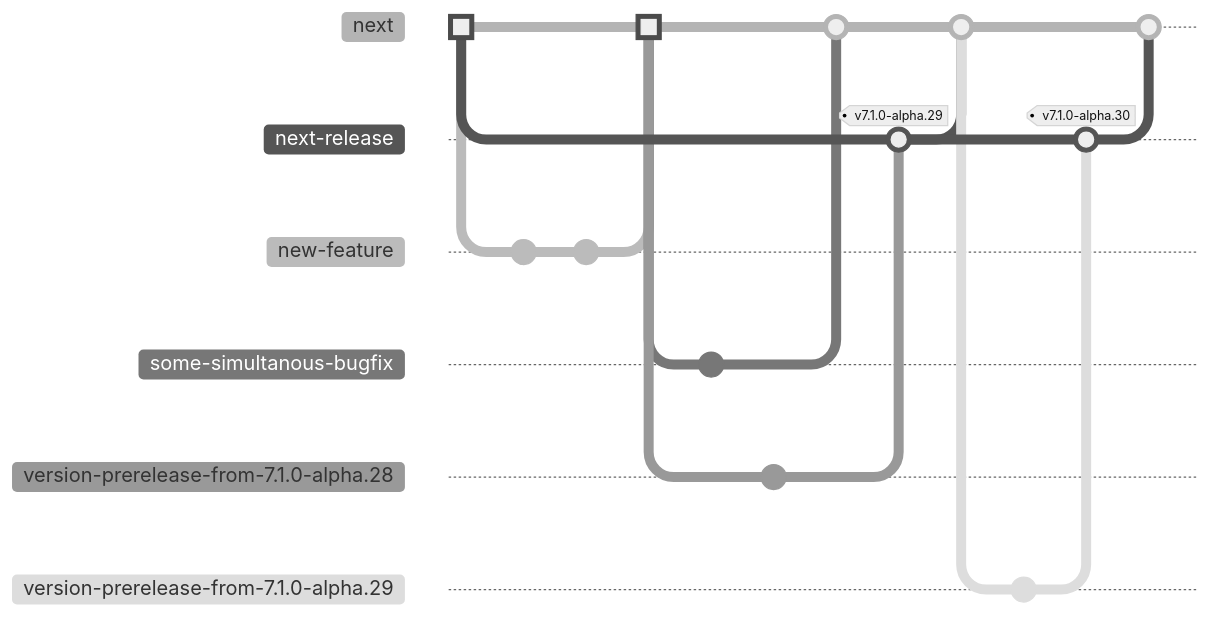
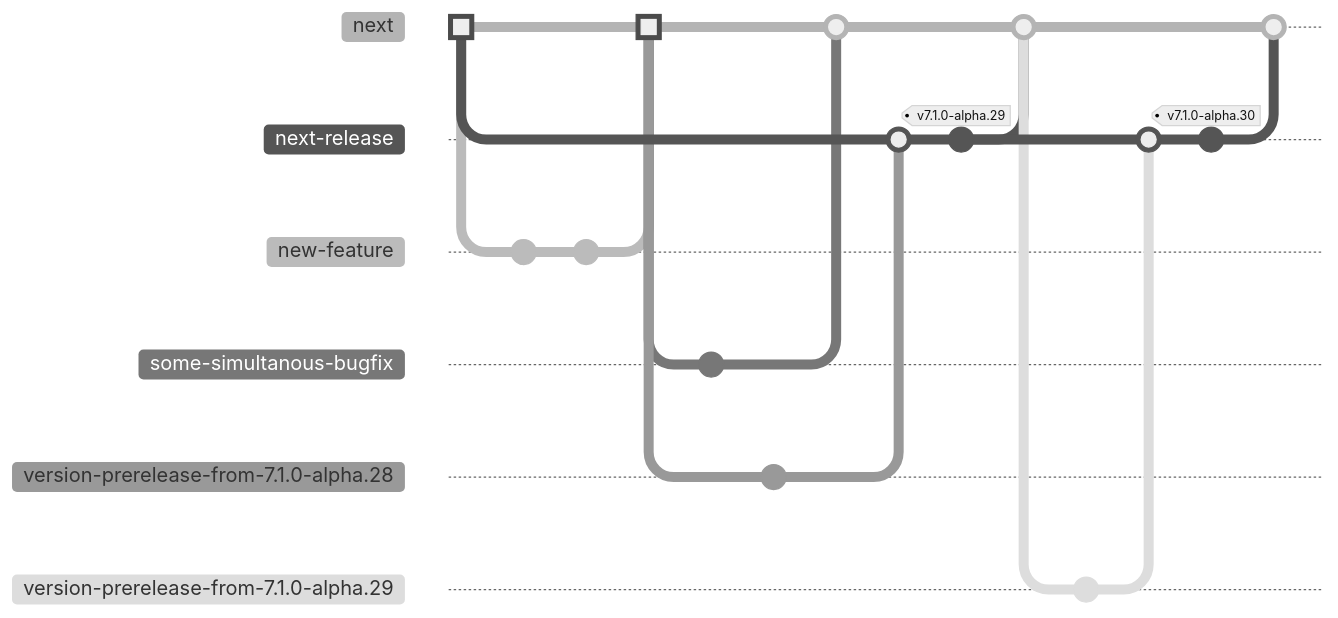
Before and after one commit to W427697/Discord-: the fifth of 5 diagrams in CONTRIBUTING/RELEASING.md, drawn with Mermaid (neutral theme). The commit also changed other lines of this file, not shown here. Commit ids are hidden.

Commit message:
update docs with deferred versioning flow

````diff
--- a/CONTRIBUTING/RELEASING.md
+++ b/CONTRIBUTING/RELEASING.md
@@ -513,28 +516,30 @@
 ```mermaid
 %%{init: { 'gitGraph': { 'mainBranchName': 'next' } } }%%
 gitGraph
     commit type: HIGHLIGHT
     branch next-release
     branch new-feature
     commit
     commit
     checkout next
     merge new-feature type: HIGHLIGHT
     branch some-simultanous-bugfix
     commit
     checkout next
     branch version-prerelease-from-7.1.0-alpha.28
-    commit id: "bump version"
+    commit id: "write changelog"
     checkout next
     merge some-simultanous-bugfix id: "whoops!"
     checkout next-release
-    merge version-prerelease-from-7.1.0-alpha.28 tag: "v7.1.0-alpha.29"
+    merge version-prerelease-from-7.1.0-alpha.28
+    commit id: "bump versions" tag: "v7.1.0-alpha.29"
     checkout next
     merge next-release
     branch version-prerelease-from-7.1.0-alpha.29
-    commit id: "bump version again"
+    commit id: "write changelog again"
     checkout next-release
-    merge version-prerelease-from-7.1.0-alpha.29 tag: "v7.1.0-alpha.30"
+    merge version-prerelease-from-7.1.0-alpha.29
+    commit id: "bump versions again" tag: "v7.1.0-alpha.30"
     checkout next
     merge next-release
 ```
````
